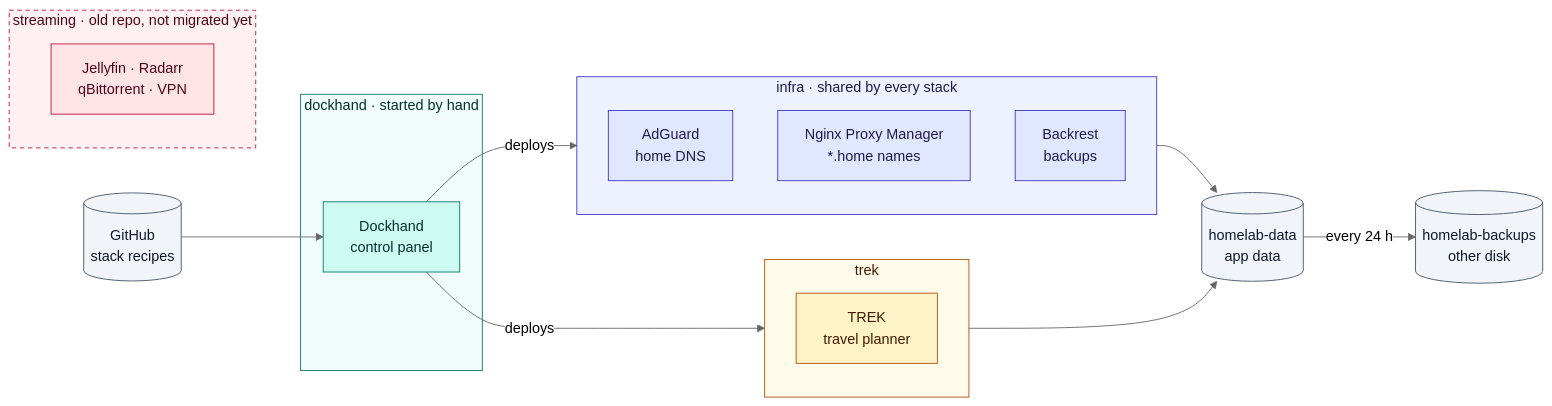
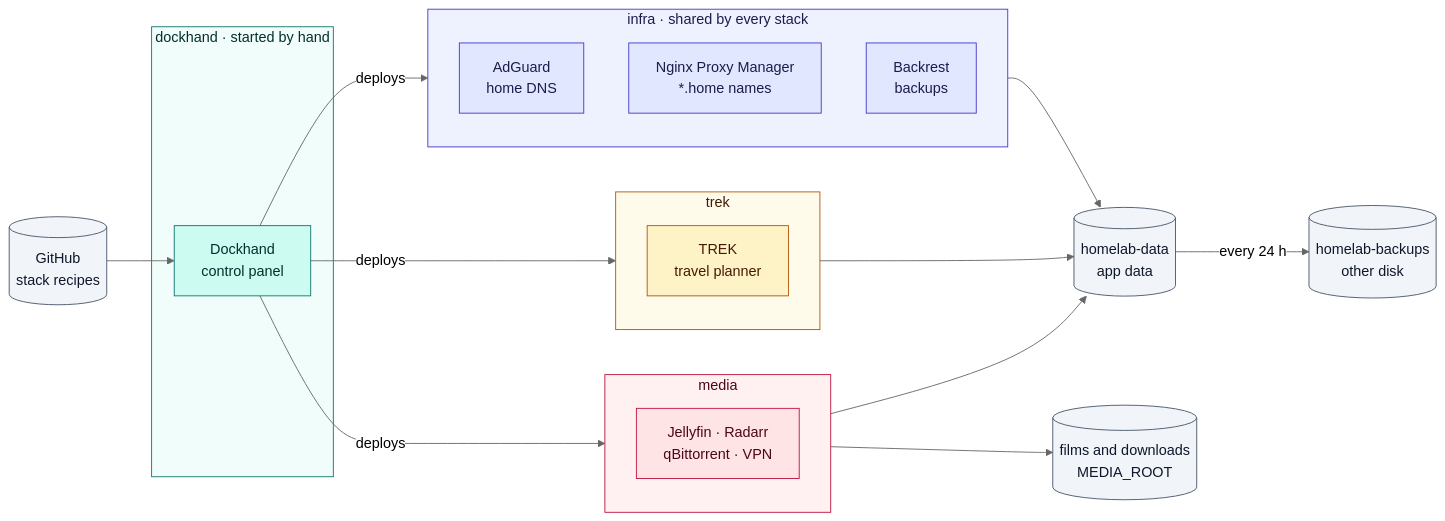
Before and after one commit to c4rl0s04/homelab: the diagram in README.md, drawn with Mermaid (neutral theme). The commit also changed other lines of this file and 3 other files, not shown here.

First line of the commit message:
docs: record media cutover and update architecture diagram

````diff
--- a/README.md
+++ b/README.md
@@ -7,46 +7,48 @@
 ```mermaid
 flowchart LR
   git[("GitHub<br/>stack recipes")]
 
   subgraph DOCKHAND["dockhand · started by hand"]
     dockhand["Dockhand<br/>control panel"]
   end
 
   subgraph INFRA["infra · shared by every stack"]
     adguard["AdGuard<br/>home DNS"]
     npm["Nginx Proxy Manager<br/>*.home names"]
     backrest["Backrest<br/>backups"]
   end
 
   subgraph TREK["trek"]
     trek["TREK<br/>travel planner"]
   end
 
-  subgraph MEDIA["streaming · old repo, not migrated yet"]
+  subgraph MEDIA["media"]
     media["Jellyfin · Radarr<br/>qBittorrent · VPN"]
   end
 
   data[("homelab-data<br/>app data")]
   backups[("homelab-backups<br/>other disk")]
 
   git --> dockhand
   dockhand -- deploys --> INFRA
   dockhand -- deploys --> TREK
-  INFRA & TREK --> data
+  dockhand -- deploys --> MEDIA
+  INFRA & TREK & MEDIA --> data
+  MEDIA --> films[("films and downloads<br/>MEDIA_ROOT")]
   data -- every 24 h --> backups
 
   classDef manager fill:#ccfbf1,stroke:#0f766e,color:#042f2e
   classDef infra fill:#e0e7ff,stroke:#4338ca,color:#1e1b4b
   classDef trek fill:#fef3c7,stroke:#b45309,color:#451a03
   classDef media fill:#ffe4e6,stroke:#be123c,color:#4c0519
   classDef storage fill:#f1f5f9,stroke:#475569,color:#0f172a
   class dockhand manager
   class adguard,npm,backrest infra
   class trek trek
   class media media
-  class git,data,backups storage
+  class git,data,backups,films storage
   style DOCKHAND fill:#f0fdfa,stroke:#0f766e,color:#042f2e
   style INFRA fill:#eef2ff,stroke:#4338ca,color:#1e1b4b
   style TREK fill:#fffbeb,stroke:#b45309,color:#451a03
-  style MEDIA fill:#fff1f2,stroke:#be123c,color:#4c0519,stroke-dasharray: 5 4
+  style MEDIA fill:#fff1f2,stroke:#be123c,color:#4c0519
 ```
````
